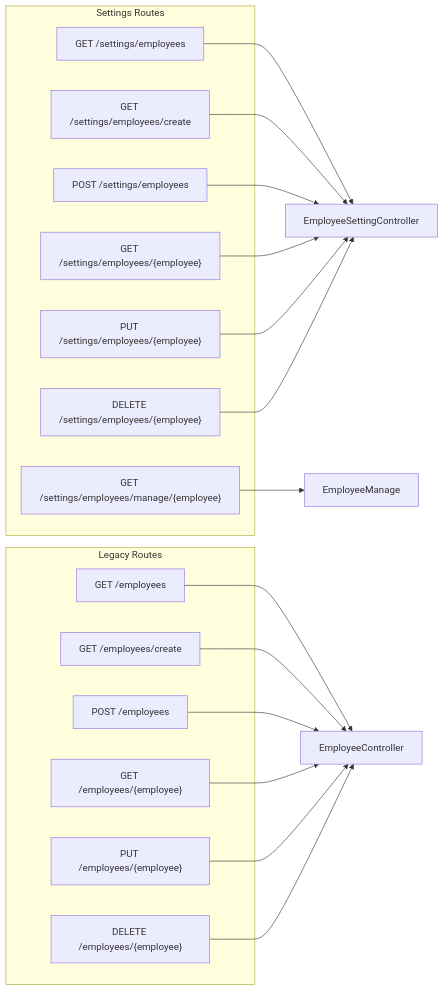
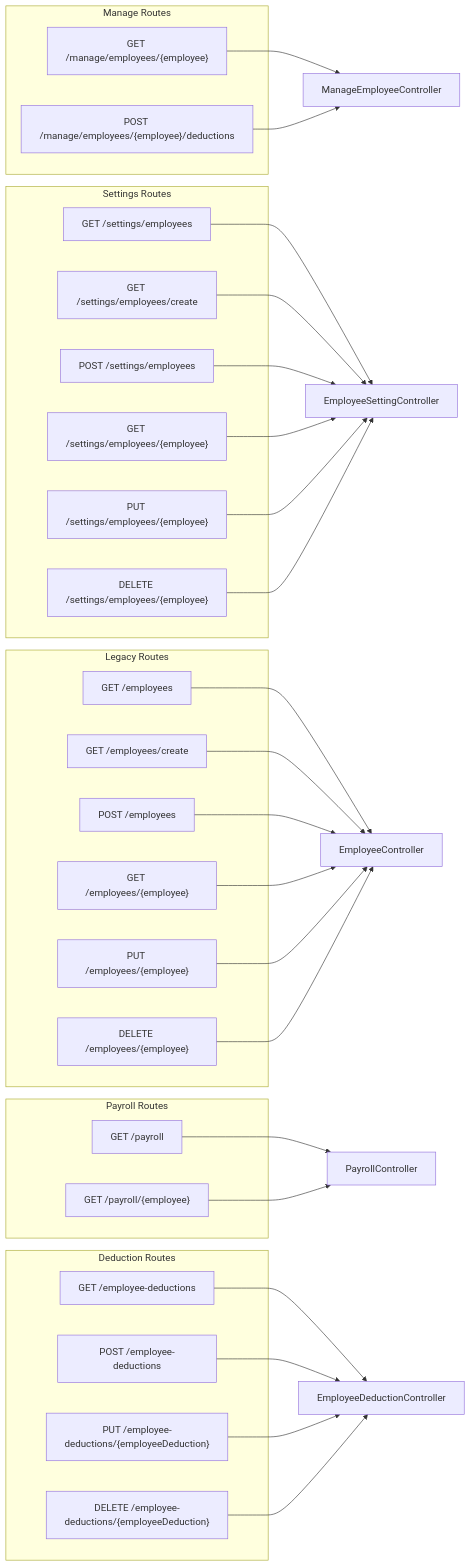
One commit to vincet0t15/template changed the fifth of 7 diagrams in .qoder/repowiki/en/content/Employee Management/Employee Management.md. Above: the diagram before and after it, drawn with Mermaid. The commit also changed other lines of this file and 8 other files, not shown here.

````diff
--- a/.qoder/repowiki/en/content/Employee Management/Employee Management.md
+++ b/.qoder/repowiki/en/content/Employee Management/Employee Management.md
@@ -334,33 +377,53 @@
 ```mermaid
 graph LR
+subgraph "Manage Routes"
+M_Index["GET /manage/employees/{employee}"]
+M_Deductions["POST /manage/employees/{employee}/deductions"]
+end
 subgraph "Settings Routes"
 S_Index["GET /settings/employees"]
 S_Create["GET /settings/employees/create"]
 S_Store["POST /settings/employees"]
 S_Show["GET /settings/employees/{employee}"]
 S_Update["PUT /settings/employees/{employee}"]
 S_Destroy["DELETE /settings/employees/{employee}"]
-S_Manage["GET /settings/employees/manage/{employee}"]
 end
 subgraph "Legacy Routes"
 L_Index["GET /employees"]
 L_Create["GET /employees/create"]
 L_Store["POST /employees"]
 L_Show["GET /employees/{employee}"]
 L_Update["PUT /employees/{employee}"]
 L_Destroy["DELETE /employees/{employee}"]
 end
+subgraph "Payroll Routes"
+P_Index["GET /payroll"]
+P_Show["GET /payroll/{employee}"]
+end
+subgraph "Deduction Routes"
+D_Index["GET /employee-deductions"]
+D_Store["POST /employee-deductions"]
+D_Update["PUT /employee-deductions/{employeeDeduction}"]
+D_Destroy["DELETE /employee-deductions/{employeeDeduction}"]
+end
+M_Index --> ManageEmployeeController
+M_Deductions --> ManageEmployeeController
 S_Index --> EmployeeSettingController
 S_Create --> EmployeeSettingController
 S_Store --> EmployeeSettingController
 S_Show --> EmployeeSettingController
 S_Update --> EmployeeSettingController
 S_Destroy --> EmployeeSettingController
-S_Manage --> EmployeeManage
 L_Index --> EmployeeController
 L_Create --> EmployeeController
 L_Store --> EmployeeController
 L_Show --> EmployeeController
 L_Update --> EmployeeController
 L_Destroy --> EmployeeController
+P_Index --> PayrollController
+P_Show --> PayrollController
+D_Index --> EmployeeDeductionController
+D_Store --> EmployeeDeductionController
+D_Update --> EmployeeDeductionController
+D_Destroy --> EmployeeDeductionController
 ```
````
